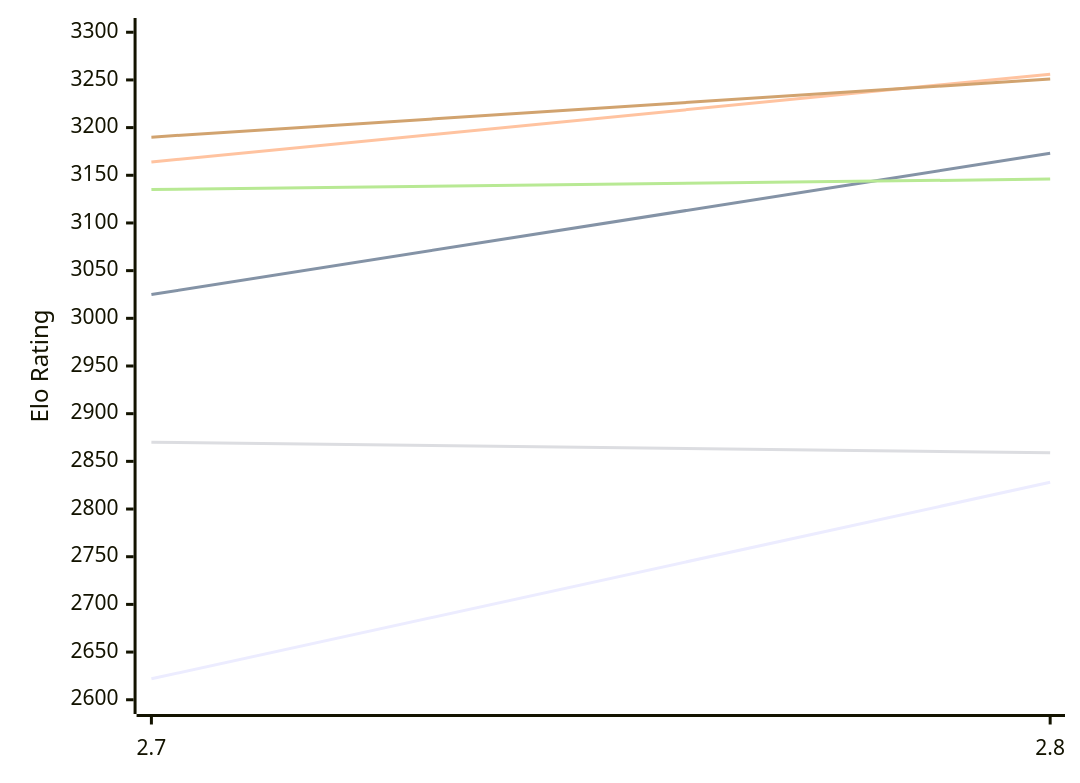
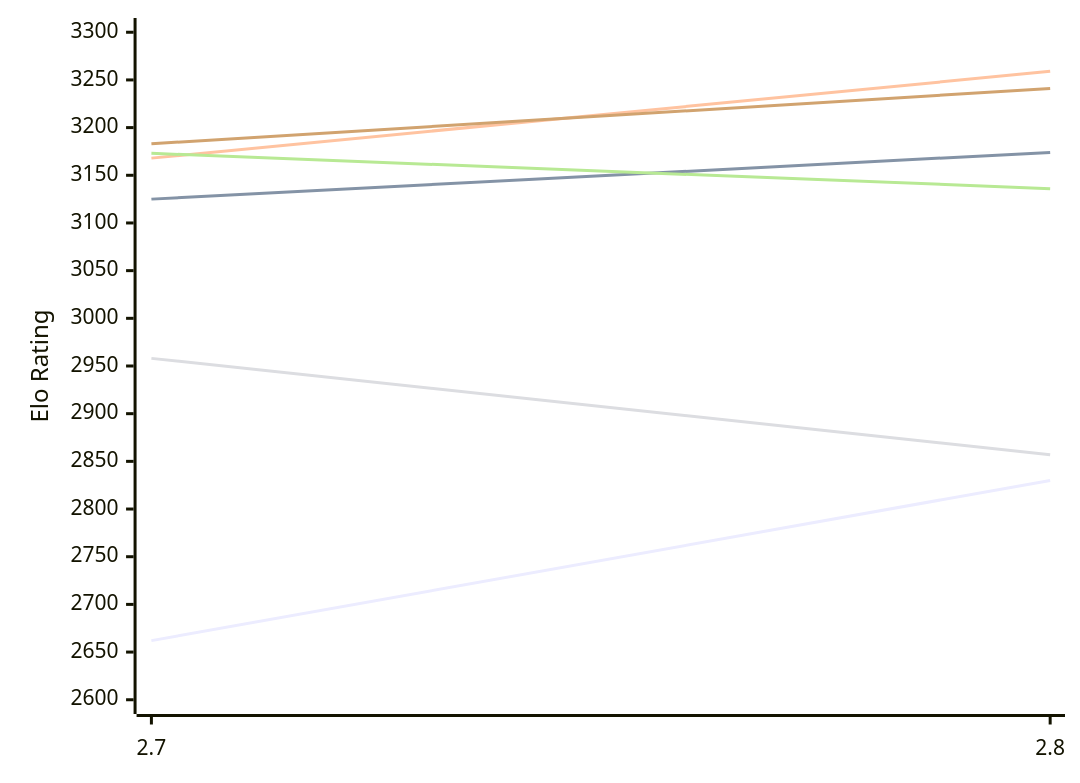
One commit to computer-chess-index/cci changed the first of 2 diagrams in engines/Arcanum.md. Above: the diagram before and after it, drawn with Mermaid. The commit also changed other lines of this file, not shown here.

Commit message:
Update CCI Ratings (ELO VLTC) - 2026-11-15

````diff
--- a/engines/Arcanum.md
+++ b/engines/Arcanum.md
@@ -50,12 +50,12 @@
 ```mermaid
 %%{init: {"theme":"base","themeVariables":{"seriesColors:['#a3a3a3','#222221','#faa371']}}}%%
 xychart-beta
   x-axis ["2.7", "2.8"]
   y-axis "Elo Rating" 2600 --> 3300
-  line "E1: STC (8.0+0.08s)" [2622, 2828]
-  line "E1: LTC (60.0+0.60s)" [3025, 3173]
-  line "E1: VLTC (2m24s+1.12s)" [3164, 3256]
-  line "P1: STC (8.0+0.08s)" [2870, 2859]
-  line "P1: LTC (60.0+0.60s)" [3135, 3146]
-  line "P1: VLTC (2m24s+1.12s)" [3190, 3251]
+  line "E1: STC (8.0+0.08s)" [2662, 2830]
+  line "E1: LTC (60.0+0.60s)" [3125, 3174]
+  line "E1: VLTC (2m24s+1.12s)" [3168, 3259]
+  line "P1: STC (8.0+0.08s)" [2958, 2857]
+  line "P1: LTC (60.0+0.60s)" [3173, 3136]
+  line "P1: VLTC (2m24s+1.12s)" [3183, 3241]
 ```
````
